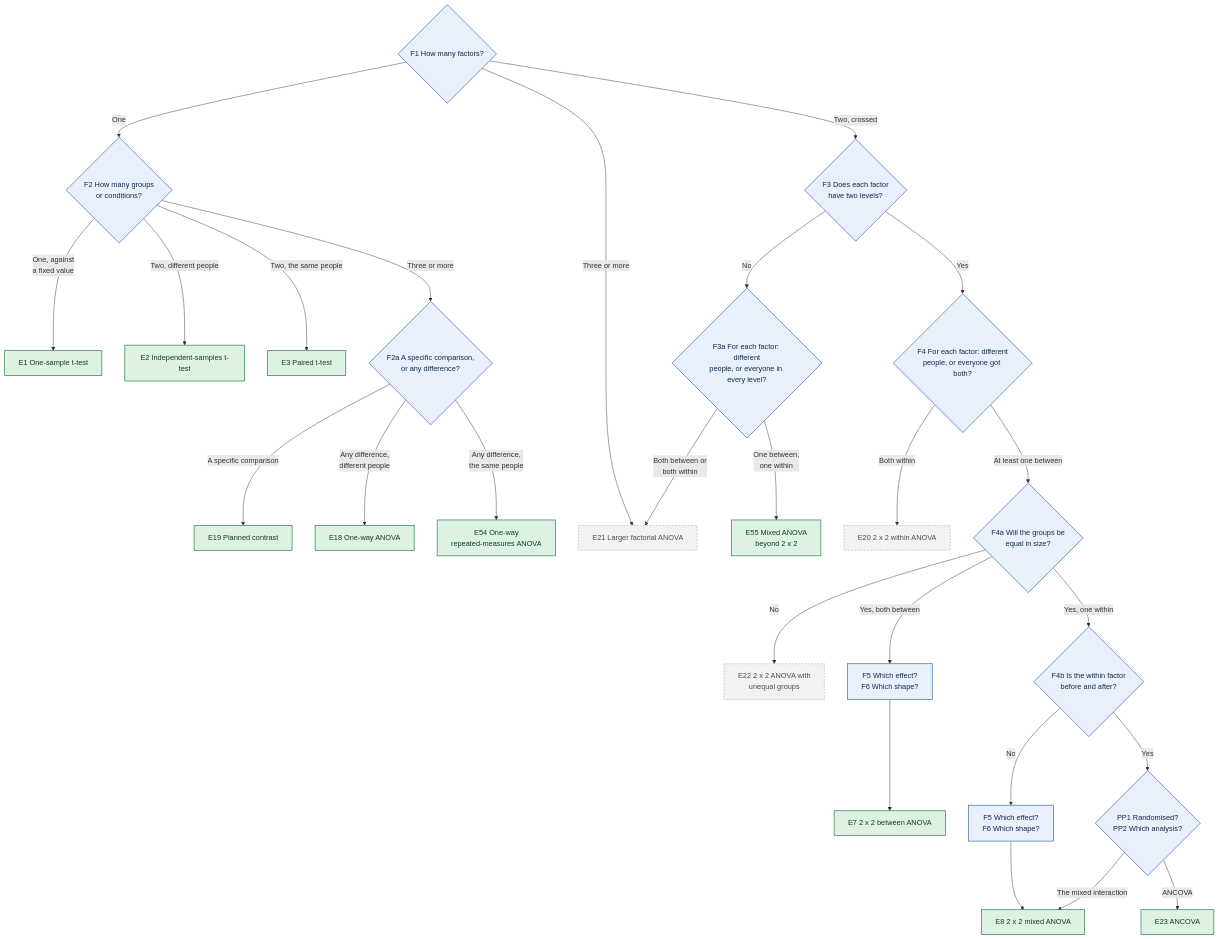
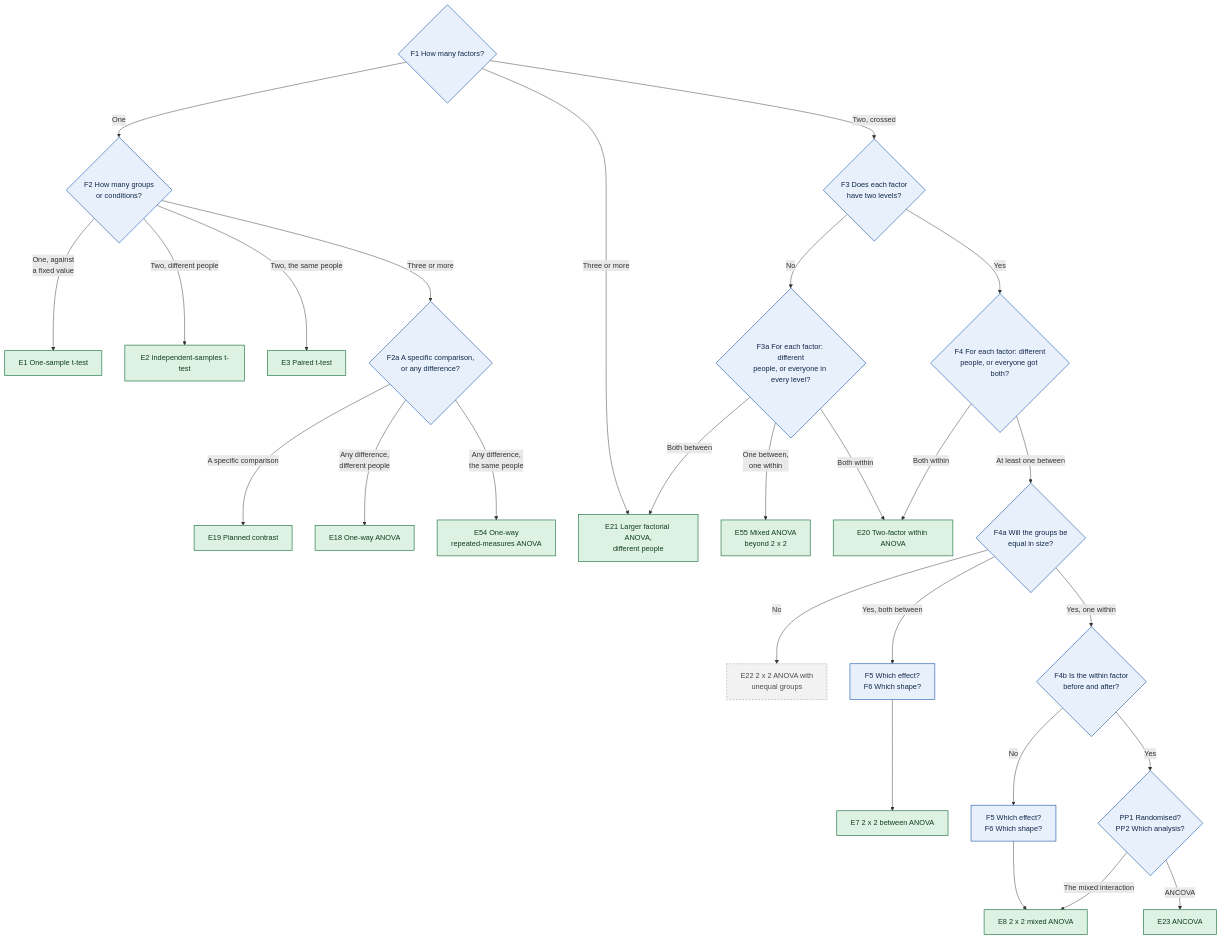
Before and after one commit to JoelThornton/Powerkit: the fourth of 11 diagrams in docs/decision-tree.md, drawn with Mermaid. The commit also changed other lines of this file and 34 other files, not shown here.

````diff
--- a/docs/decision-tree.md
+++ b/docs/decision-tree.md
@@ -329,37 +329,38 @@
 ```mermaid
 flowchart TD
   F1{"F1 How many factors?"}
   F1 -->|One| F2{"F2 How many groups<br/>or conditions?"}
   F2 -->|One, against<br/>a fixed value| E1["E1 One-sample t-test"]
   F2 -->|Two, different people| E2["E2 Independent-samples t-test"]
   F2 -->|Two, the same people| E3["E3 Paired t-test"]
   F2 -->|Three or more| F2a{"F2a A specific comparison,<br/>or any difference?"}
   F2a -->|A specific comparison| E19["E19 Planned contrast"]
   F2a -->|Any difference,<br/>different people| E18["E18 One-way ANOVA"]
   F2a -->|Any difference,<br/>the same people| E54["E54 One-way<br/>repeated-measures ANOVA"]
-  F1 -->|Three or more| E21["E21 Larger factorial ANOVA"]
+  F1 -->|Three or more| E21["E21 Larger factorial ANOVA,<br/>different people"]
   F1 -->|Two, crossed| F3{"F3 Does each factor<br/>have two levels?"}
   F3 -->|No| F3a{"F3a For each factor: different<br/>people, or everyone in every level?"}
   F3a -->|One between,<br/>one within| E55["E55 Mixed ANOVA<br/>beyond 2 x 2"]
-  F3a -->|Both between or<br/>both within| E21
+  F3a -->|Both between| E21
+  F3a -->|Both within| E20
   F3 -->|Yes| F4{"F4 For each factor: different<br/>people, or everyone got both?"}
-  F4 -->|Both within| E20["E20 2 x 2 within ANOVA"]
+  F4 -->|Both within| E20["E20 Two-factor within ANOVA"]
   F4 -->|At least one between| F4a{"F4a Will the groups be<br/>equal in size?"}
   F4a -->|No| E22["E22 2 x 2 ANOVA with<br/>unequal groups"]
   F4a -->|Yes, both between| F5b["F5 Which effect?<br/>F6 Which shape?"]
   F5b --> E7["E7 2 x 2 between ANOVA"]
   F4a -->|Yes, one within| F4b{"F4b Is the within factor<br/>before and after?"}
   F4b -->|No| F5m["F5 Which effect?<br/>F6 Which shape?"]
   F5m --> E8["E8 2 x 2 mixed ANOVA"]
   F4b -->|Yes| PP{"PP1 Randomised?<br/>PP2 Which analysis?"}
   PP -->|The mixed interaction| E8
   PP -->|ANCOVA| E23["E23 ANCOVA"]
   class F1,F2,F2a,F3,F3a,F4,F4a,F4b,PP,F5b,F5m q
-  class E1,E2,E3,E7,E8,E18,E19,E23,E54,E55 avail
-  class E20,E21,E22 later
+  class E1,E2,E3,E7,E8,E18,E19,E20,E21,E23,E54,E55 avail
+  class E22 later
   classDef q fill:#E8F0FB,stroke:#3B6FB6,color:#14284B,stroke-width:1.5px
   classDef avail fill:#DDF2E3,stroke:#2E7D4F,color:#123D24,stroke-width:1.5px
   classDef spec fill:#FFF0D1,stroke:#B97A00,color:#4A3200,stroke-width:1.5px
   classDef later fill:#F2F2F2,stroke:#9A9A9A,color:#4D4D4D,stroke-width:1px,stroke-dasharray:4 3
   classDef jump fill:#FFFFFF,stroke:#3B6FB6,color:#14284B,stroke-width:1.5px,stroke-dasharray:6 3
 ```
````
